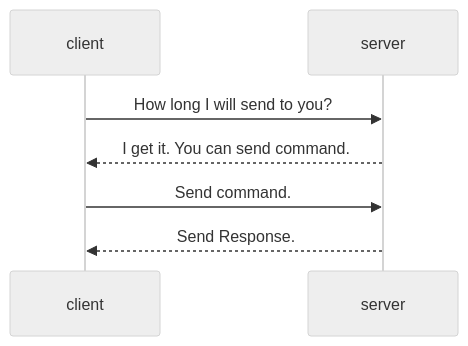
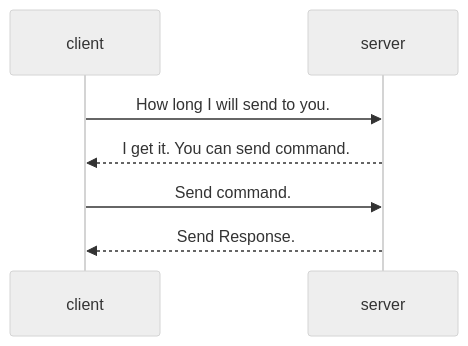
One commit to studylessshape/Avalonia.S7Sim changed the diagram in docs/namedpipe-command.md. Above: the diagram before and after it, drawn with Mermaid (neutral theme). The commit also changed other lines of this file and 16 other files, not shown here.

````diff
--- a/docs/namedpipe-command.md
+++ b/docs/namedpipe-command.md
@@ -19,7 +19,7 @@
 ```mermaid
 sequenceDiagram
-    client->>server: How long I will send to you?
+    client->>server: How long I will send to you.
     server-->>client: I get it. You can send command.
     client->>server: Send command.
     server-->>client: Send Response.
 ```
````
